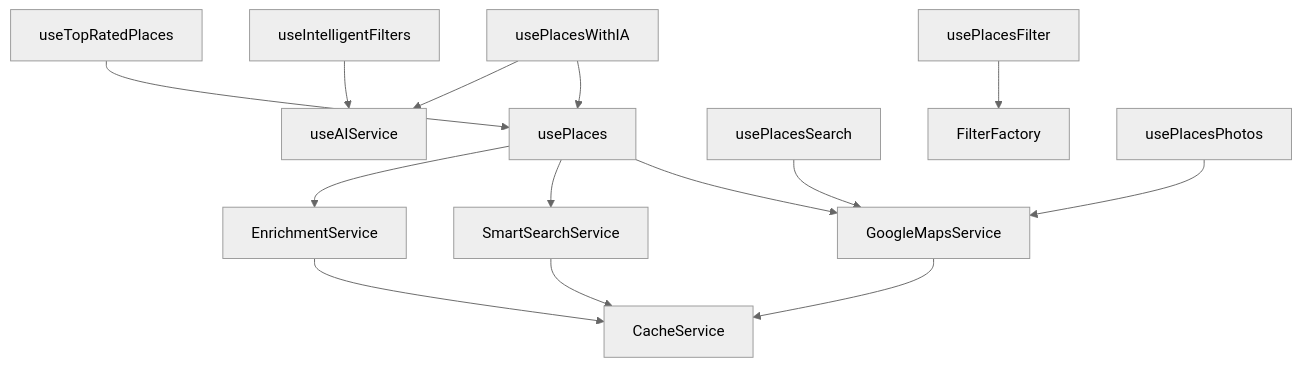
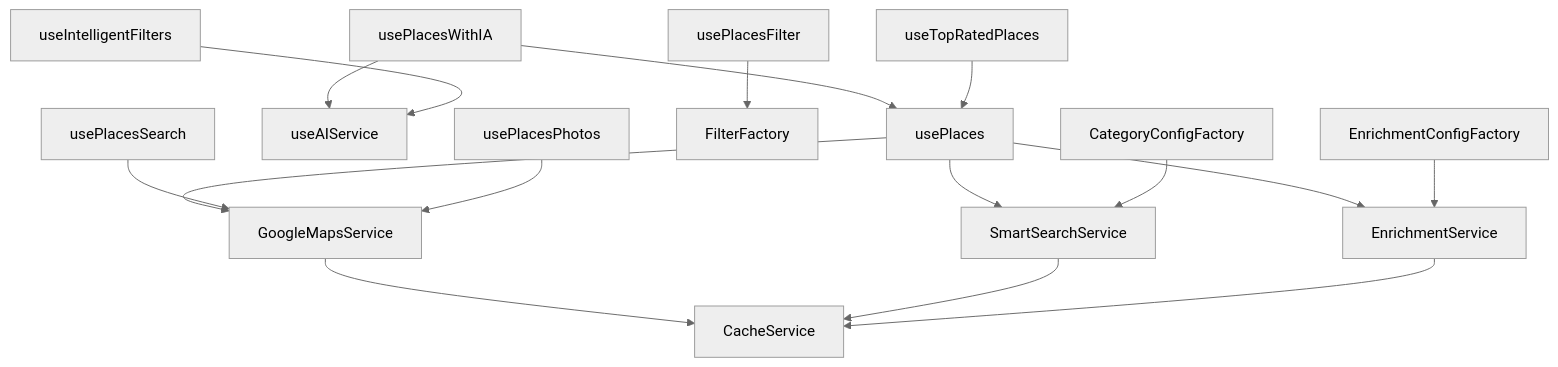
Before and after one commit to Kodo-Takai/frontend-app-kodotakai: the diagram in src/hooks/places/README.md, drawn with Mermaid (neutral theme). The commit also changed other lines of this file and 18 other files, not shown here.

````diff
--- a/src/hooks/places/README.md
+++ b/src/hooks/places/README.md
@@ -33,20 +33,23 @@
 ```mermaid
 graph TB
     A[usePlaces] --> B[GoogleMapsService]
     A --> C[SmartSearchService]
     A --> D[EnrichmentService]
     
     E[usePlacesWithIA] --> A
     E --> F[useAIService]
     
     G[useTopRatedPlaces] --> A
     H[usePlacesSearch] --> B
     I[usePlacesFilter] --> J[FilterFactory]
     
     B --> K[CacheService]
     C --> K
     D --> K
     
     L[useIntelligentFilters] --> F
     M[usePlacesPhotos] --> B
+    
+    N[CategoryConfigFactory] --> C
+    O[EnrichmentConfigFactory] --> D
 ```
````
